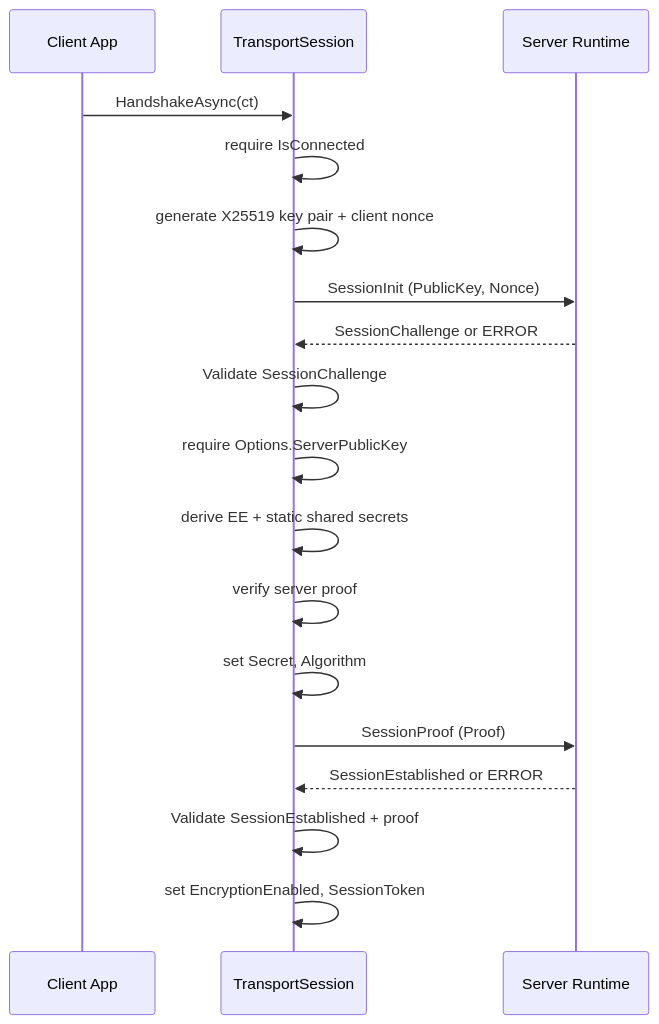
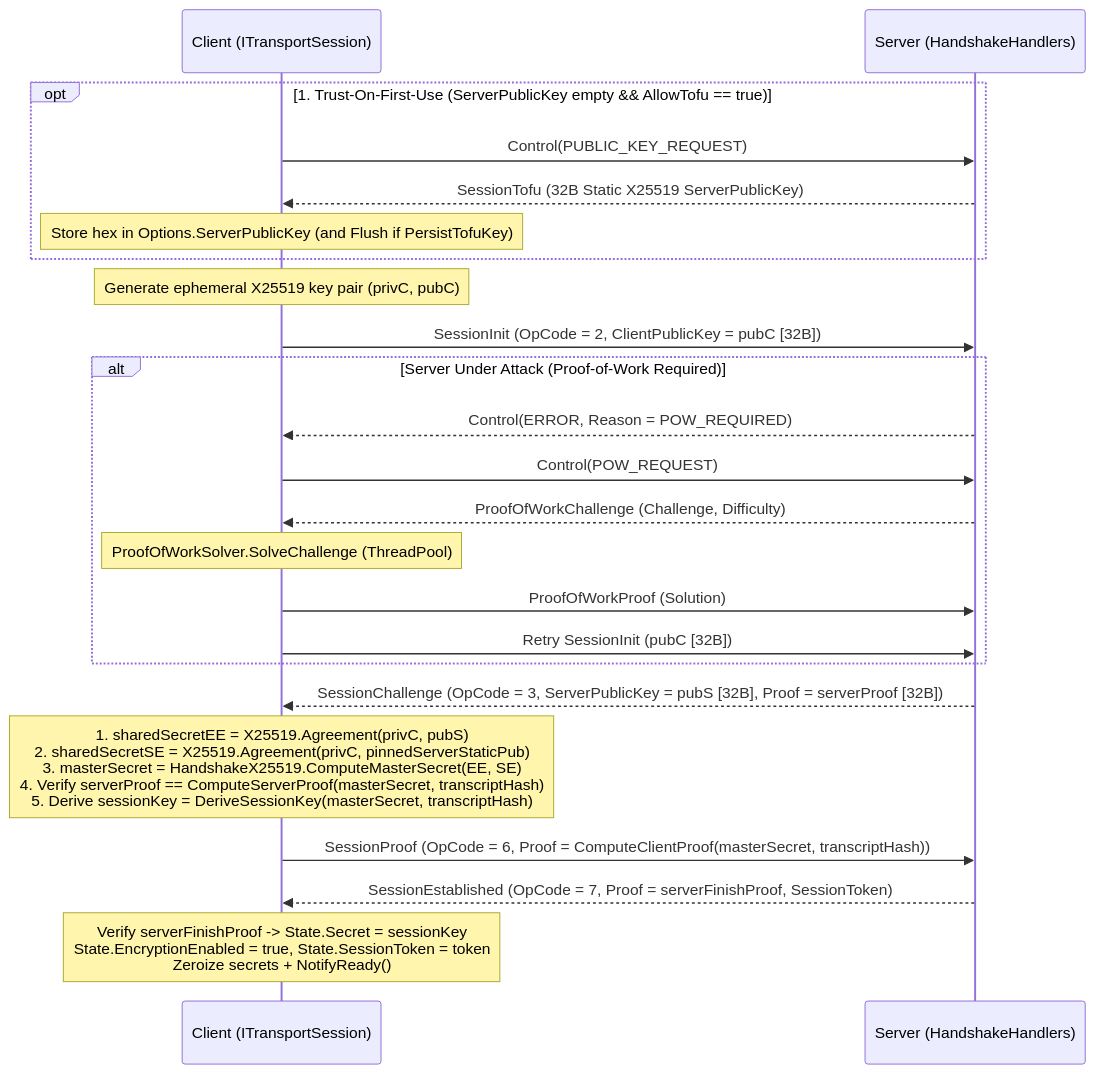
Before and after one commit to ppn-systems/nalix-docs: the diagram in src/content/docs/en-us/api/sdk/handshake-extensions.md, drawn with Mermaid. The commit also changed other lines of this file and 180 other files, not shown here.

````diff
--- a/src/content/docs/en-us/api/sdk/handshake-extensions.md
+++ b/src/content/docs/en-us/api/sdk/handshake-extensions.md
@@ -22,21 +40,29 @@
 ```mermaid
 sequenceDiagram
-    participant App as Client App
-    participant S as TransportSession
-    participant Server as Server Runtime
+    participant C as Client (ITransportSession)
+    participant S as Server (HandshakeHandlers)
 
-    App->>S: HandshakeAsync(ct)
-    S->>S: require IsConnected
-    S->>S: generate X25519 key pair + client nonce
-    S->>Server: SessionInit (PublicKey, Nonce)
-    Server-->>S: SessionChallenge or ERROR
-    S->>S: Validate SessionChallenge
-    S->>S: require Options.ServerPublicKey
-    S->>S: derive EE + static shared secrets
-    S->>S: verify server proof
-    S->>S: set Secret, Algorithm
-    S->>Server: SessionProof (Proof)
-    Server-->>S: SessionEstablished or ERROR
-    S->>S: Validate SessionEstablished + proof
-    S->>S: set EncryptionEnabled, SessionToken
+    opt 1. Trust-On-First-Use (ServerPublicKey empty && AllowTofu == true)
+        C->>S: Control(PUBLIC_KEY_REQUEST)
+        S-->>C: SessionTofu (32B Static X25519 ServerPublicKey)
+        Note over C: Store hex in Options.ServerPublicKey (and Flush if PersistTofuKey)
+    end
+
+    Note over C: Generate ephemeral X25519 key pair (privC, pubC)
+    C->>S: SessionInit (OpCode = 2, ClientPublicKey = pubC [32B])
+
+    alt Server Under Attack (Proof-of-Work Required)
+        S-->>C: Control(ERROR, Reason = POW_REQUIRED)
+        C->>S: Control(POW_REQUEST)
+        S-->>C: ProofOfWorkChallenge (Challenge, Difficulty)
+        Note over C: ProofOfWorkSolver.SolveChallenge (ThreadPool)
+        C->>S: ProofOfWorkProof (Solution)
+        C->>S: Retry SessionInit (pubC [32B])
+    end
+
+    S-->>C: SessionChallenge (OpCode = 3, ServerPublicKey = pubS [32B], Proof = serverProof [32B])
+    Note over C: 1. sharedSecretEE = X25519.Agreement(privC, pubS)<br/>2. sharedSecretSE = X25519.Agreement(privC, pinnedServerStaticPub)<br/>3. masterSecret = HandshakeX25519.ComputeMasterSecret(EE, SE)<br/>4. Verify serverProof == ComputeServerProof(masterSecret, transcriptHash)<br/>5. Derive sessionKey = DeriveSessionKey(masterSecret, transcriptHash)
+    C->>S: SessionProof (OpCode = 6, Proof = ComputeClientProof(masterSecret, transcriptHash))
+    S-->>C: SessionEstablished (OpCode = 7, Proof = serverFinishProof, SessionToken)
+    Note over C: Verify serverFinishProof -> State.Secret = sessionKey<br/>State.EncryptionEnabled = true, State.SessionToken = token<br/>Zeroize secrets + NotifyReady()
 ```
````
